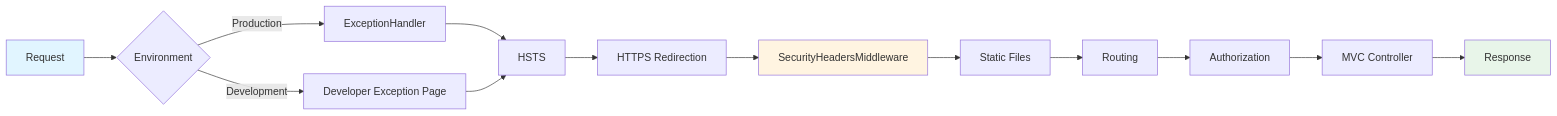
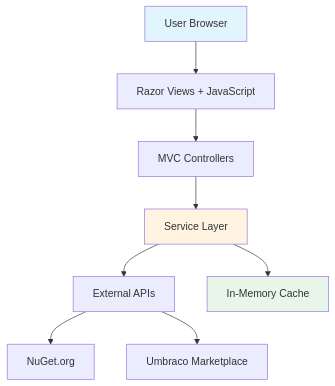
Before and after one commit to prjseal/Package-Script-Writer: the diagram in .github/documentation.md, drawn with Mermaid. The commit also changed other lines of this file and 9 other files, not shown here.

````diff
--- a/.github/documentation.md
+++ b/.github/documentation.md
@@ -951,19 +262,15 @@
 ```mermaid
-graph LR
-    A[Request] --> B{Environment}
-    B -->|Production| C[ExceptionHandler]
-    B -->|Development| D[Developer Exception Page]
-    C --> E[HSTS]
-    D --> E
-    E --> F[HTTPS Redirection]
-    F --> G[SecurityHeadersMiddleware]
-    G --> H[Static Files]
-    H --> I[Routing]
-    I --> J[Authorization]
-    J --> K[MVC Controller]
-    K --> L[Response]
+graph TB
+    A[User Browser] --> B[Razor Views + JavaScript]
+    B --> C[MVC Controllers]
+    C --> D[Service Layer]
+    D --> E[External APIs]
+    D --> F[In-Memory Cache]
+
+    E --> G[NuGet.org]
+    E --> H[Umbraco Marketplace]
 
     style A fill:#e1f5ff
-    style G fill:#fff4e1
-    style L fill:#e8f5e9
+    style D fill:#fff4e1
+    style F fill:#e8f5e9
 ```
````
